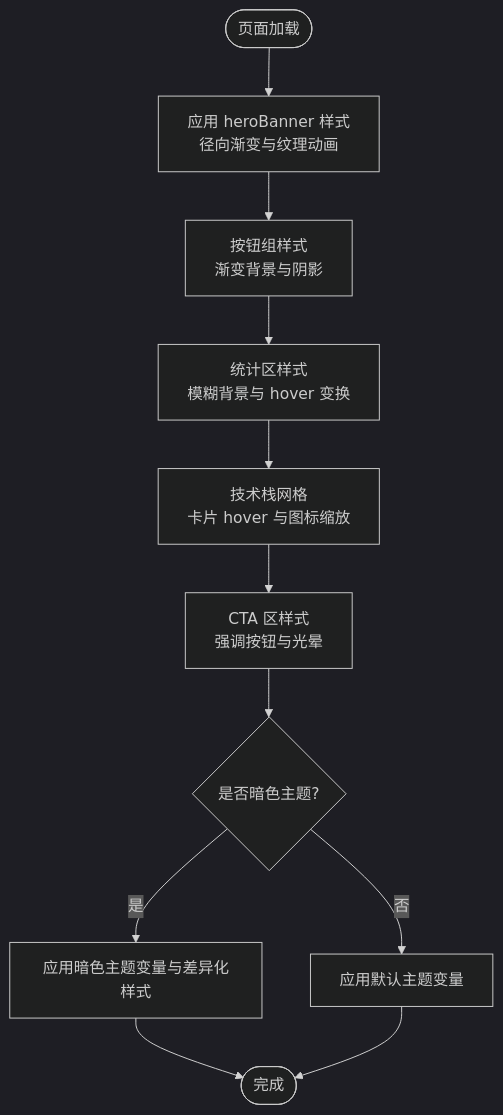
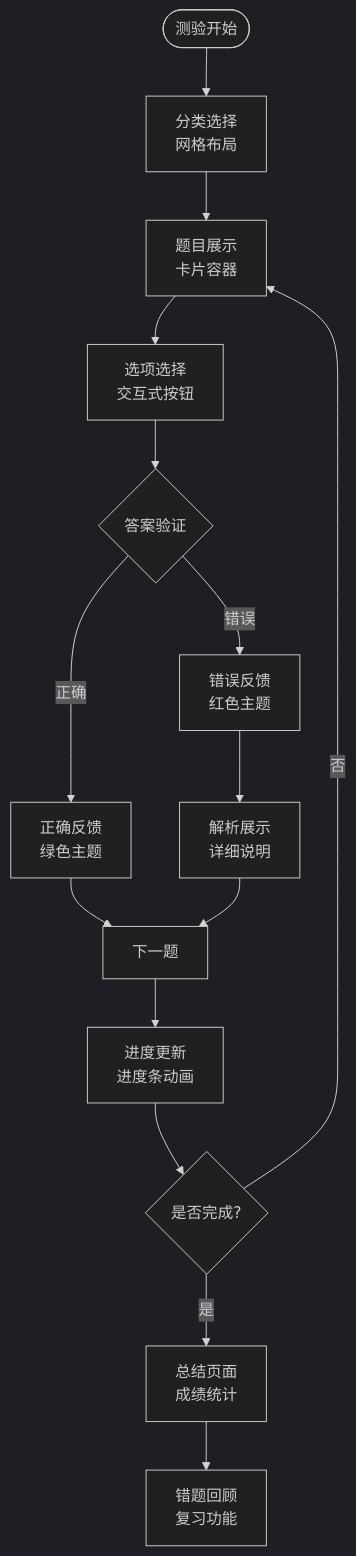
Before and after one commit to UnicornXU/knowledge-base: the fourth of 6 diagrams in .qoder/repowiki/zh/content/组件系统设计.md, drawn with Mermaid (dark theme). The commit also changed other lines of this file and 35 other files, not shown here.

````diff
--- a/.qoder/repowiki/zh/content/组件系统设计.md
+++ b/.qoder/repowiki/zh/content/组件系统设计.md
@@ -146,13 +166,17 @@
 ```mermaid
 flowchart TD
-Start(["页面加载"]) --> Hero["应用 heroBanner 样式<br/>径向渐变与纹理动画"]
-Hero --> Buttons["按钮组样式<br/>渐变背景与阴影"]
-Buttons --> Stats["统计区样式<br/>模糊背景与 hover 变换"]
-Stats --> TechGrid["技术栈网格<br/>卡片 hover 与图标缩放"]
-TechGrid --> CTA["CTA 区样式<br/>强调按钮与光晕"]
-CTA --> DarkTheme{"是否暗色主题?"}
-DarkTheme --> |是| ApplyDark["应用暗色主题变量与差异化样式"]
-DarkTheme --> |否| ApplyLight["应用默认主题变量"]
-ApplyDark --> End(["完成"])
-ApplyLight --> End
+Start(["测验开始"]) --> CategorySelect["分类选择<br/>网格布局"]
+CategorySelect --> QuestionDisplay["题目展示<br/>卡片容器"]
+QuestionDisplay --> OptionSelection["选项选择<br/>交互式按钮"]
+OptionSelection --> AnswerValidation{"答案验证"}
+AnswerValidation --> |正确| CorrectFeedback["正确反馈<br/>绿色主题"]
+AnswerValidation --> |错误| WrongFeedback["错误反馈<br/>红色主题"]
+CorrectFeedback --> NextQuestion["下一题"]
+WrongFeedback --> Explanation["解析展示<br/>详细说明"]
+Explanation --> NextQuestion
+NextQuestion --> ProgressUpdate["进度更新<br/>进度条动画"]
+ProgressUpdate --> QuestionComplete{"是否完成?"}
+QuestionComplete --> |否| QuestionDisplay
+QuestionComplete --> |是| Summary["总结页面<br/>成绩统计"]
+Summary --> Review["错题回顾<br/>复习功能"]
 ```
````
